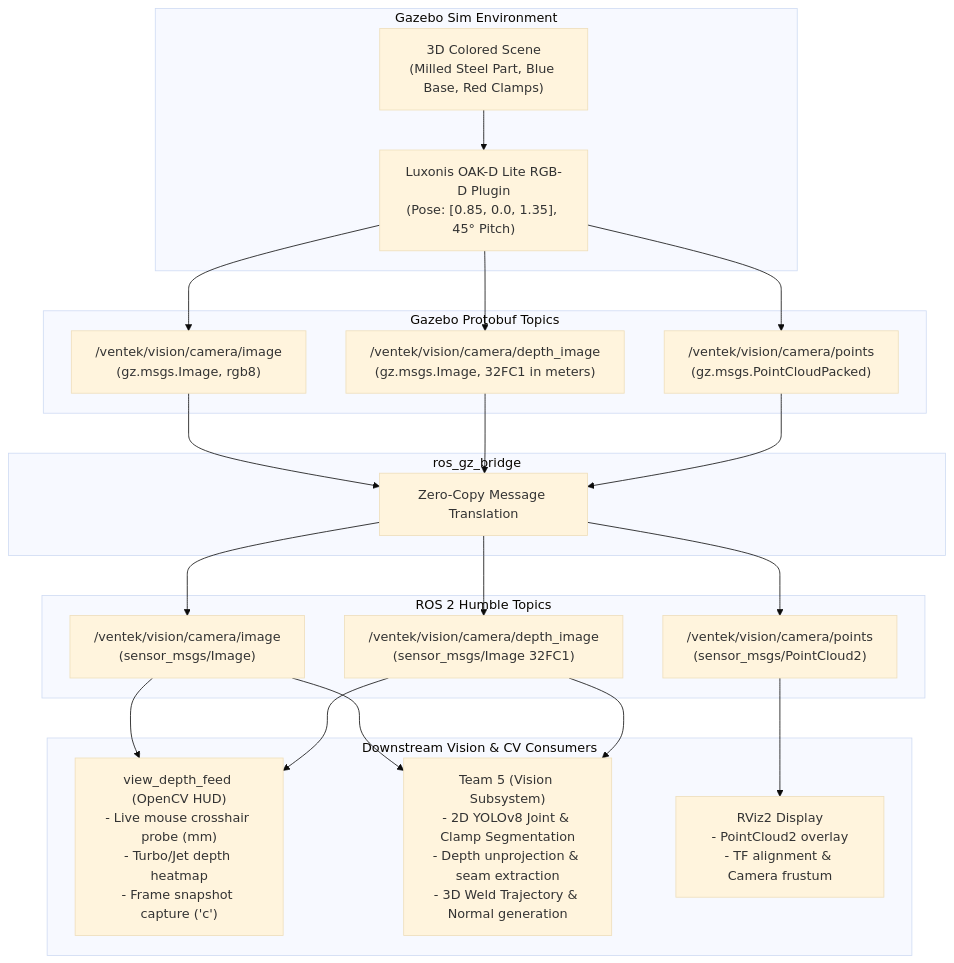
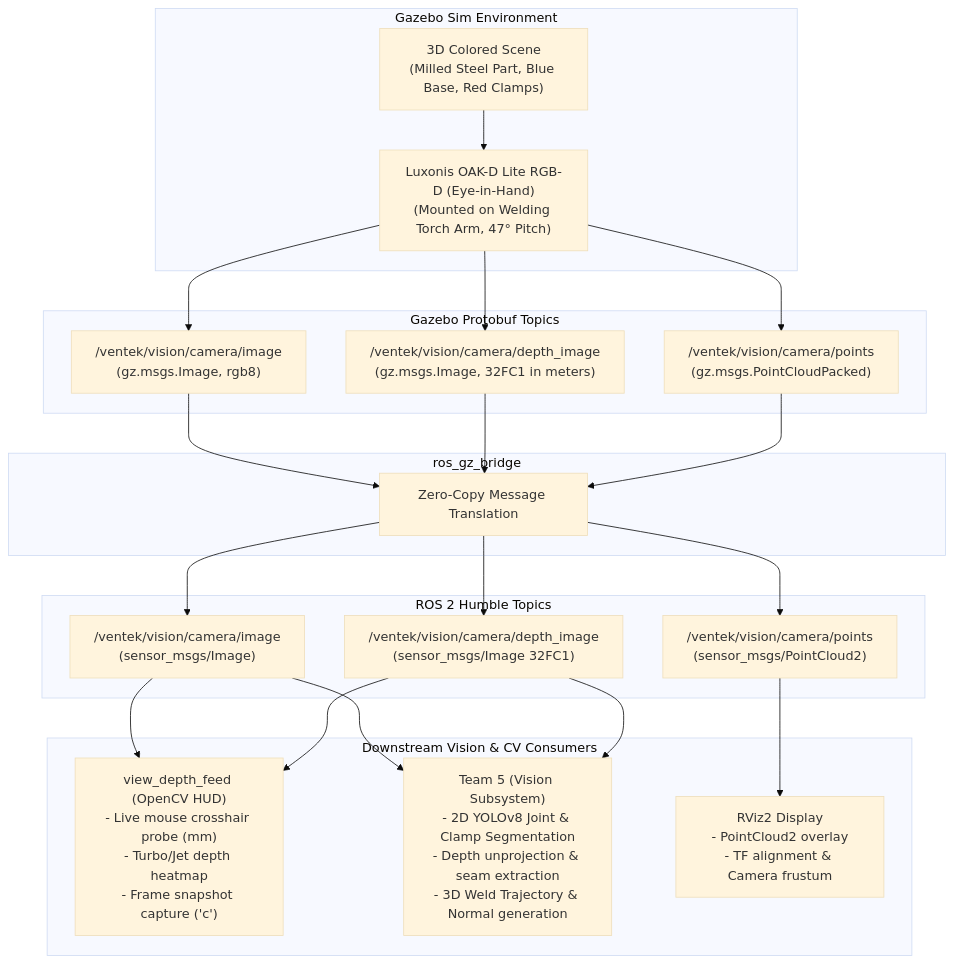
The fourth of 4 diagrams in docs/SIMULATION_GUIDE.md (UtkarshGhom/ventek-welding-arm-industry-project), drawn with Mermaid (base theme) before and after one commit. The commit also changed other lines of this file and 10 other files, not shown here.

Commit message:
feat(vision): mount eye-in-hand RGB-D camera directly on welding arm torch

````diff
--- a/docs/SIMULATION_GUIDE.md
+++ b/docs/SIMULATION_GUIDE.md
@@ -363,45 +365,45 @@
 ```mermaid
 flowchart TD
     subgraph GZ_SIM["Gazebo Sim Environment"]
         SCENE["3D Colored Scene<br/>(Milled Steel Part, Blue Base, Red Clamps)"]
-        SENSOR["Luxonis OAK-D Lite RGB-D Plugin<br/>(Pose: [0.85, 0.0, 1.35], 45° Pitch)"]
+        SENSOR["Luxonis OAK-D Lite RGB-D (Eye-in-Hand)<br/>(Mounted on Welding Torch Arm, 47° Pitch)"]
         SCENE --> SENSOR
     end
 
     subgraph GZ_TOPICS["Gazebo Protobuf Topics"]
         GZ_RGB["/ventek/vision/camera/image<br/>(gz.msgs.Image, rgb8)"]
         GZ_DEPTH["/ventek/vision/camera/depth_image<br/>(gz.msgs.Image, 32FC1 in meters)"]
         GZ_PTS["/ventek/vision/camera/points<br/>(gz.msgs.PointCloudPacked)"]
         SENSOR --> GZ_RGB
         SENSOR --> GZ_DEPTH
         SENSOR --> GZ_PTS
     end
 
     subgraph ROS_BRIDGE["ros_gz_bridge"]
         TRANS["Zero-Copy Message Translation"]
         GZ_RGB --> TRANS
         GZ_DEPTH --> TRANS
         GZ_PTS --> TRANS
     end
 
     subgraph ROS_TOPICS["ROS 2 Humble Topics"]
         ROS_RGB["/ventek/vision/camera/image<br/>(sensor_msgs/Image)"]
         ROS_DEPTH["/ventek/vision/camera/depth_image<br/>(sensor_msgs/Image 32FC1)"]
         ROS_PTS["/ventek/vision/camera/points<br/>(sensor_msgs/PointCloud2)"]
         TRANS --> ROS_RGB
         TRANS --> ROS_DEPTH
         TRANS --> ROS_PTS
     end
 
     subgraph CONSUMERS["Downstream Vision & CV Consumers"]
         VIEWER["view_depth_feed (OpenCV HUD)<br/>- Live mouse crosshair probe (mm)<br/>- Turbo/Jet depth heatmap<br/>- Frame snapshot capture ('c')"]
         TEAM5["Team 5 (Vision Subsystem)<br/>- 2D YOLOv8 Joint & Clamp Segmentation<br/>- Depth unprojection & seam extraction<br/>- 3D Weld Trajectory & Normal generation"]
         RVIZ_VIEW["RViz2 Display<br/>- PointCloud2 overlay<br/>- TF alignment & Camera frustum"]
         
         ROS_RGB --> VIEWER
         ROS_DEPTH --> VIEWER
         ROS_RGB --> TEAM5
         ROS_DEPTH --> TEAM5
         ROS_PTS --> RVIZ_VIEW
     end
 ```
````
